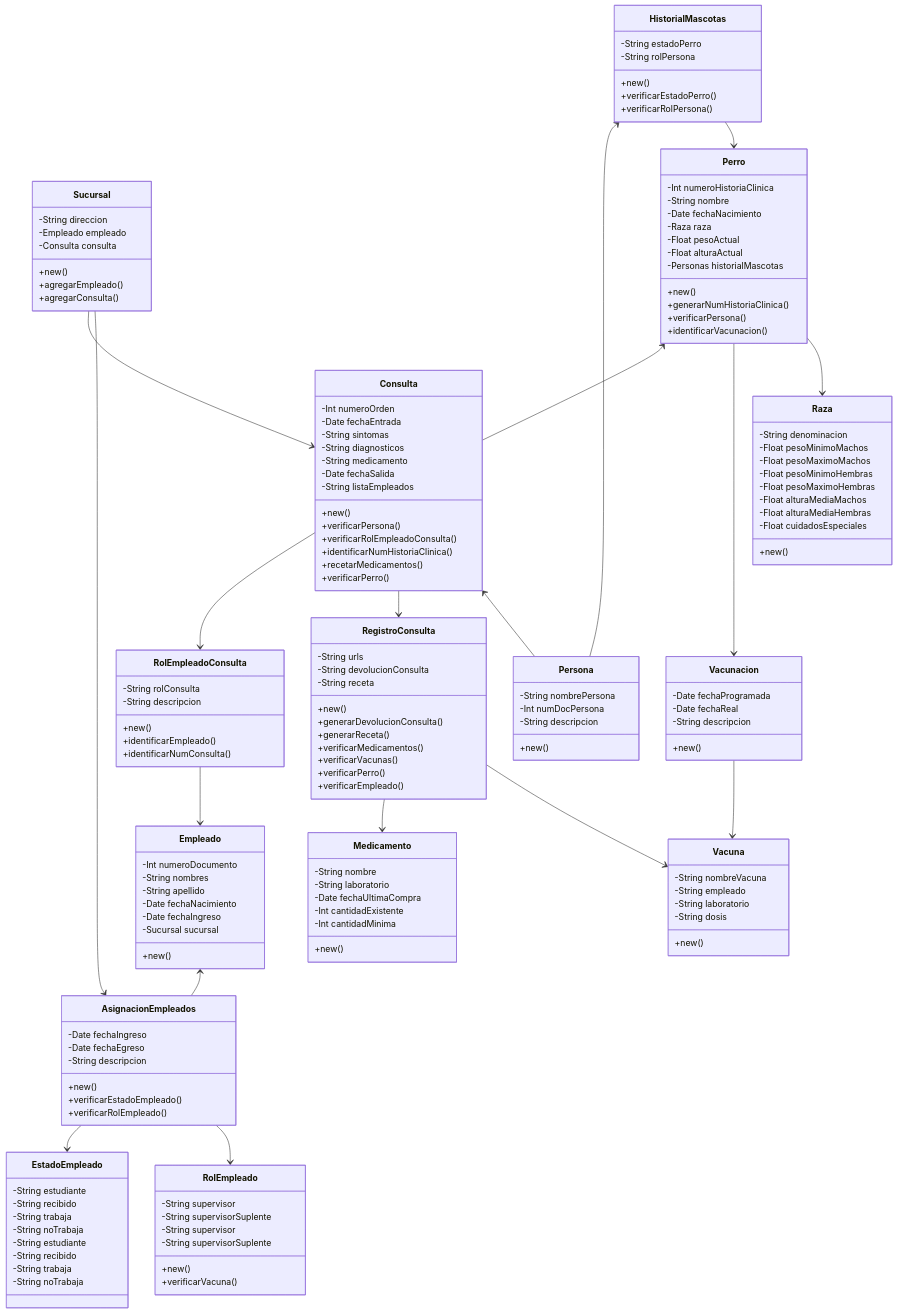
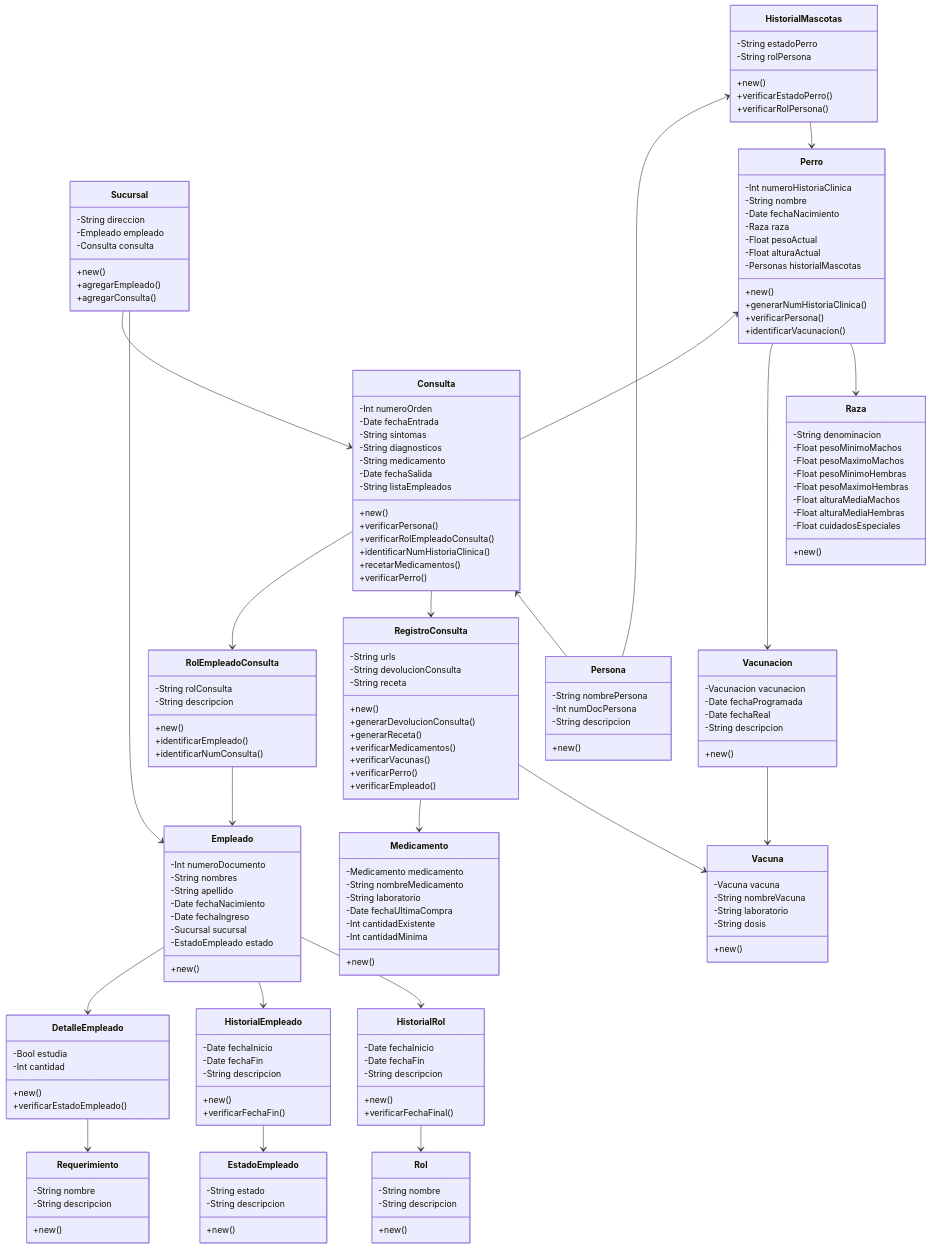
One commit to joacohlavach/ElSabuesoFeliz changed the diagram in Docs/mmd_archivos/classDiagram.mmd. Above: the diagram before and after it, drawn with Mermaid. The commit also changed 2 other files, not shown here.

```diff
--- a/Docs/mmd_archivos/classDiagram.mmd
+++ b/Docs/mmd_archivos/classDiagram.mmd
@@ -1,173 +1,191 @@
 classDiagram
   class Sucursal {
     -String direccion
     -Empleado empleado
     -Consulta consulta
 
     +new()
     +agregarEmpleado()
     +agregarConsulta()
   }
   class Empleado {
     -Int numeroDocumento
     -String nombres
     -String apellido
     -Date fechaNacimiento
     -Date fechaIngreso
     -Sucursal sucursal
+    -EstadoEmpleado estado
 
     +new()
     
   }
-  class AsignacionEmpleados {
-    -Date fechaIngreso
-    -Date fechaEgreso
+
+  class DetalleEmpleado {
+    -Bool estudia
+    -Int cantidad
+
+    +new()
+    +verificarEstadoEmpleado()
+  }
+
+  class Requerimiento {
+    -String nombre
     -String descripcion
 
     +new()
-    +verificarEstadoEmpleado()
-    +verificarRolEmpleado()
   }
+
   class Perro {
     -Int numeroHistoriaClinica
     -String nombre
     -Date fechaNacimiento
     -Raza raza
     -Float pesoActual
     -Float alturaActual
     -Personas historialMascotas
 
     +new()
     +generarNumHistoriaClinica()
     +verificarPersona()
     +identificarVacunacion()
   }
   class HistorialMascotas {
     -String estadoPerro
     -String rolPersona
 
     +new()
     +verificarEstadoPerro()
     +verificarRolPersona()
   }
   class Persona {
     -String nombrePersona
     -Int numDocPersona
     -String descripcion
 
     +new()
   }
   class Raza {
     -String denominacion
     -Float pesoMinimoMachos
     -Float pesoMaximoMachos
     -Float pesoMinimoHembras
     -Float pesoMaximoHembras
     -Float alturaMediaMachos
     -Float alturaMediaHembras
     -Float cuidadosEspeciales
 
     +new()
   }
   class Consulta {
     -Int numeroOrden
     -Date fechaEntrada
     -String sintomas
     -String diagnosticos
     -String medicamento
     -Date fechaSalida
     -String listaEmpleados
 
     +new()
     +verificarPersona()
     +verificarRolEmpleadoConsulta()
     +identificarNumHistoriaClinica()
     +recetarMedicamentos()
     +verificarPerro()
   }
   class RegistroConsulta{
     -String urls
     -String devolucionConsulta
     -String receta
 
     +new()
     +generarDevolucionConsulta()
     +generarReceta()
     +verificarMedicamentos()
     +verificarVacunas()
     +verificarPerro()
     +verificarEmpleado()
   }
   class RolEmpleadoConsulta {
     -String rolConsulta
     -String descripcion
 
     +new()
     +identificarEmpleado()
     +identificarNumConsulta()
   }
   class Vacunacion {
+    -Vacunacion vacunacion
     -Date fechaProgramada
     -Date fechaReal
     -String descripcion
 
     +new()
   }
-  class EstadoEmpleado {
-    -String estudiante
-    -String recibido
-    -String trabaja
-    -String noTrabaja
-  }
-  class RolEmpleado {
-    -String supervisor
-    -String supervisorSuplente
+  class HistorialRol {
+    -Date fechaInicio
+    -Date fechaFin
+    -String descripcion
 
     +new()
-    +verificarVacuna()
-    }
+    +verificarFechaFinal()
+  }
+  class Rol {
+    -String nombre
+    -String descripcion
+
+    +new()
+  }
+  class HistorialEmpleado {
+    -Date fechaInicio
+    -Date fechaFin
+    -String descripcion
+
+    +new()
+    +verificarFechaFin()
+  }
+  class EstadoEmpleado {
+    -String estado
+    -String descripcion
+
+    +new()
+  }
   class Vacuna {
+    -Vacuna vacuna
     -String nombreVacuna
-    -String empleado
     -String laboratorio
     -String dosis
 
     +new()
   }
   class Medicamento {
-    -String nombre
+    -Medicamento medicamento
+    -String nombreMedicamento
     -String laboratorio
     -Date fechaUltimaCompra
     -Int cantidadExistente
     -Int cantidadMinima
 
     +new()
   }
-  class EstadoEmpleado {
-    -String estudiante
-    -String recibido
-    -String trabaja
-    -String noTrabaja
-  }
-  class RolEmpleado {
-    -String supervisor
-    -String supervisorSuplente
-  }
 
   Consulta --> RolEmpleadoConsulta
   RolEmpleadoConsulta --> Empleado
   HistorialMascotas <-- Persona
   Sucursal --> Consulta
-  AsignacionEmpleados <-- Sucursal
-  AsignacionEmpleados --> EstadoEmpleado
-  AsignacionEmpleados --> RolEmpleado
-  Empleado <-- AsignacionEmpleados
+  Empleado <-- Sucursal
+  Empleado --> DetalleEmpleado
+  DetalleEmpleado --> Requerimiento
+  Empleado --> HistorialEmpleado
+  HistorialEmpleado --> EstadoEmpleado
+  Empleado --> HistorialRol
+  HistorialRol --> Rol
   Perro <-- Consulta
   Perro --> Vacunacion
   Vacunacion --> Vacuna
   Consulta --> RegistroConsulta
   RegistroConsulta --> Medicamento
   RegistroConsulta --> Vacuna
   Consulta <-- Persona
   HistorialMascotas --> Perro
   Perro --> Raza
```
